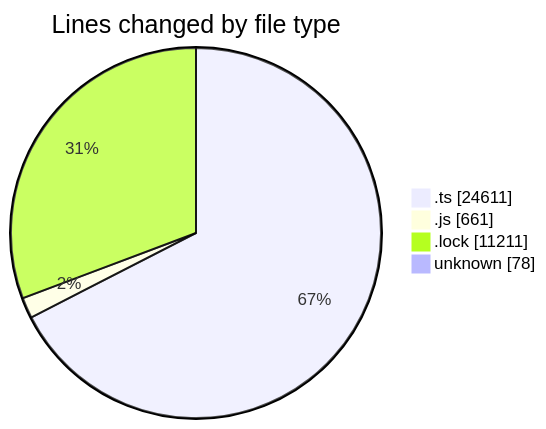
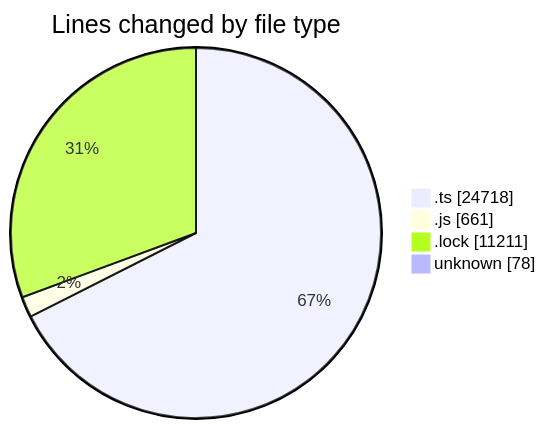
One commit to momahboobian/code-tracking changed the first of 2 diagrams in 2025-05-20/cda/README.md. Above: the diagram before and after it, drawn with Mermaid. The commit also changed other lines of this file and 1 other file, not shown here.

````diff
--- a/2025-05-20/cda/README.md
+++ b/2025-05-20/cda/README.md
@@ -34,8 +34,8 @@
 ```mermaid
 pie showData
 title Lines changed by file type
-".ts" : 24611
+".ts" : 24718
 ".js" : 661
 ".lock" : 11211
 "unknown" : 78
 ```
````
